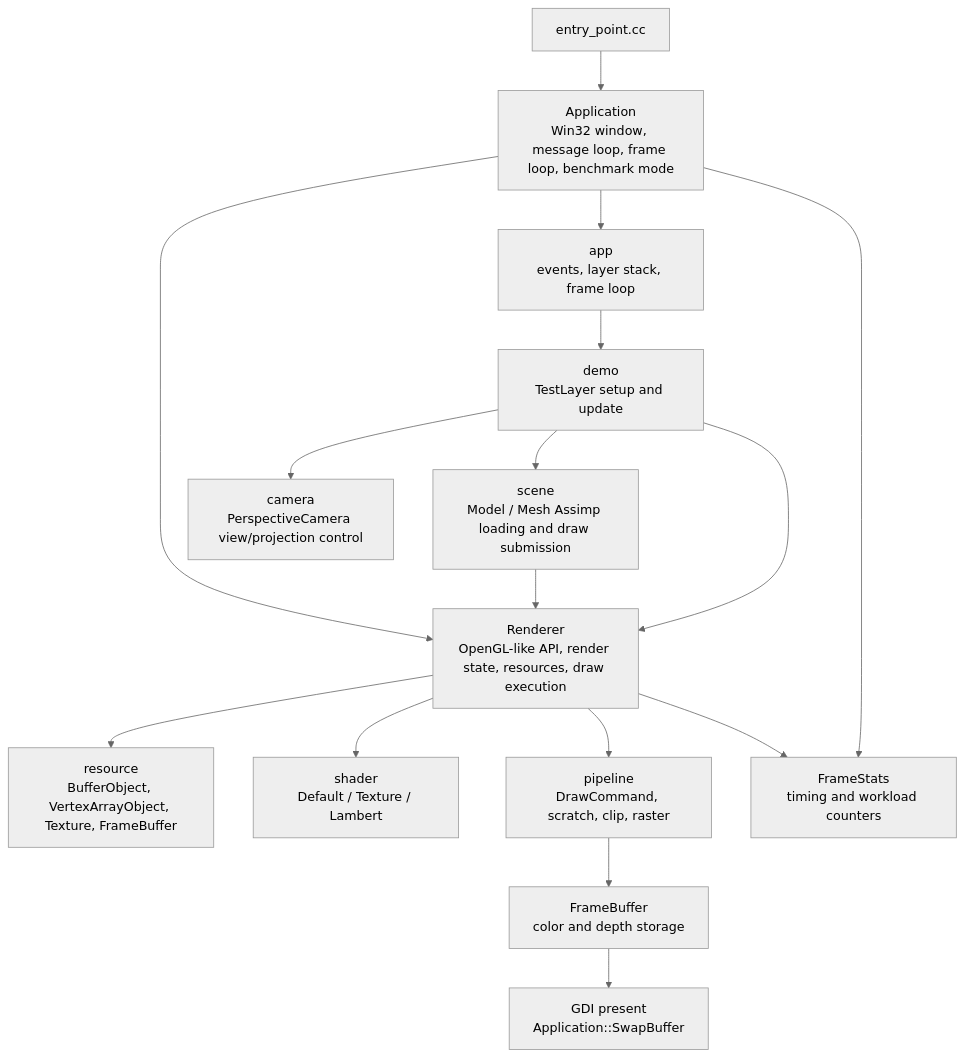
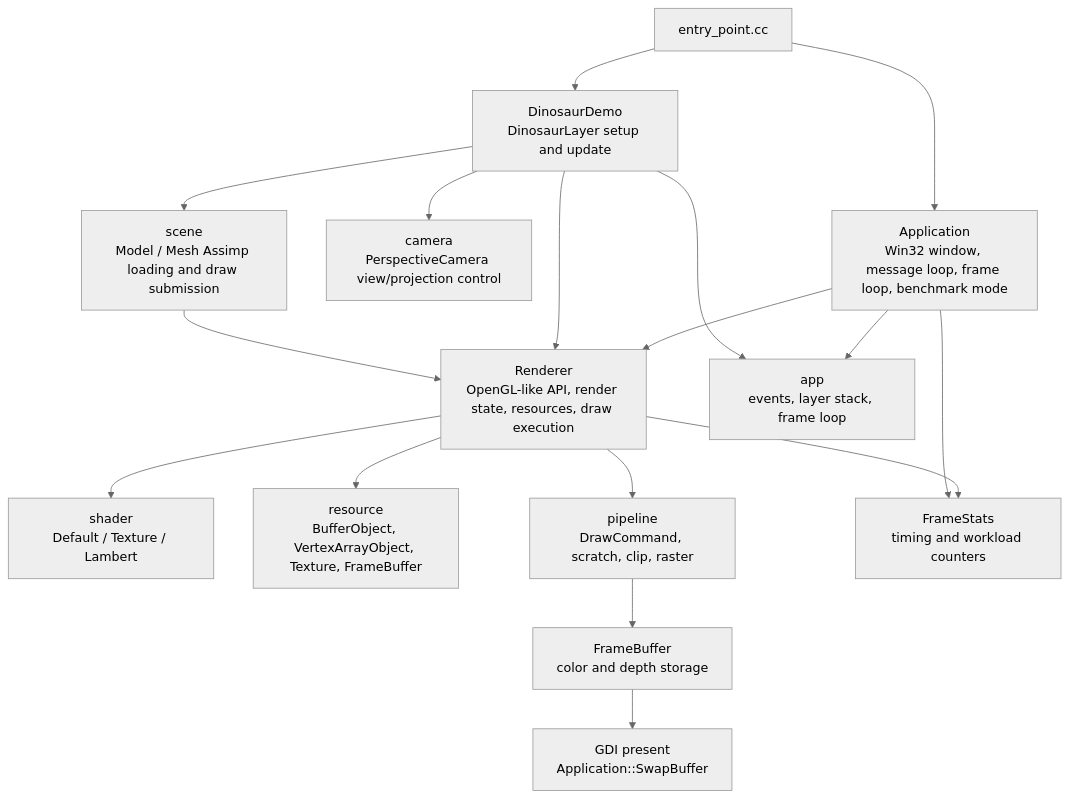
Before and after one commit to hangge1/DragonRenderer: the first of 6 diagrams in docs/ARCHITECTURE.md, drawn with Mermaid (neutral theme). The commit also changed other lines of this file and 13 other files, not shown here.

Commit message:
refactor: move dinosaur demo out of render core

````diff
--- a/docs/ARCHITECTURE.md
+++ b/docs/ARCHITECTURE.md
@@ -9,32 +9,33 @@
 ```mermaid
 flowchart TB
     Entry["entry_point.cc"]
     App["Application<br/>Win32 window, message loop, frame loop, benchmark mode"]
+    DinosaurDemo["DinosaurDemo<br/>DinosaurLayer setup and update"]
     Renderer["Renderer<br/>OpenGL-like API, render state, resources, draw execution"]
     AppLayer["app<br/>events, layer stack, frame loop"]
-    Demo["demo<br/>TestLayer setup and update"]
     Camera["camera<br/>PerspectiveCamera view/projection control"]
     Model["scene<br/>Model / Mesh Assimp loading and draw submission"]
     Shader["shader<br/>Default / Texture / Lambert"]
     Resources["resource<br/>BufferObject, VertexArrayObject, Texture, FrameBuffer"]
     Pipeline["pipeline<br/>DrawCommand, scratch, clip, raster"]
     FrameBuffer["FrameBuffer<br/>color and depth storage"]
     Present["GDI present<br/>Application::SwapBuffer"]
     Stats["FrameStats<br/>timing and workload counters"]
 
     Entry --> App
+    Entry --> DinosaurDemo
     App --> Renderer
     App --> AppLayer
-    AppLayer --> Demo
-    Demo --> Camera
-    Demo --> Model
-    Demo --> Renderer
+    DinosaurDemo --> AppLayer
+    DinosaurDemo --> Camera
+    DinosaurDemo --> Model
+    DinosaurDemo --> Renderer
     Model --> Renderer
     Renderer --> Resources
     Renderer --> Shader
     Renderer --> Pipeline
     Pipeline --> FrameBuffer
     Renderer --> Stats
     App --> Stats
     FrameBuffer --> Present
 ```
````
